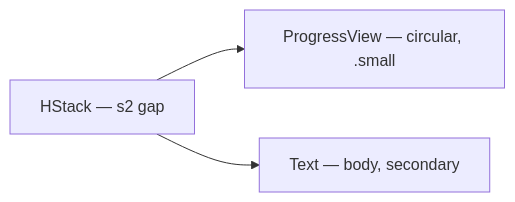
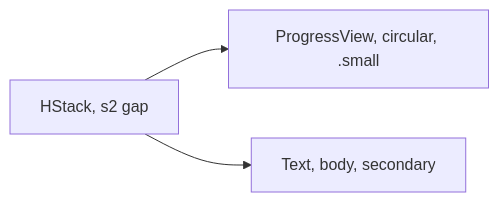
The diagram in design-system/components/loading-row.md (MrDemonWolf/WolfWave), drawn with Mermaid before and after one commit. The commit also changed other lines of this file and 152 other files, not shown here.

````diff
--- a/design-system/components/loading-row.md
+++ b/design-system/components/loading-row.md
@@ -22,5 +22,5 @@
 ```mermaid
 graph LR
-  Row[HStack — s2 gap] --> Spinner[ProgressView — circular, .small]
-  Row --> Label[Text — body, secondary]
+  Row[HStack, s2 gap] --> Spinner[ProgressView, circular, .small]
+  Row --> Label[Text, body, secondary]
 ```
````
